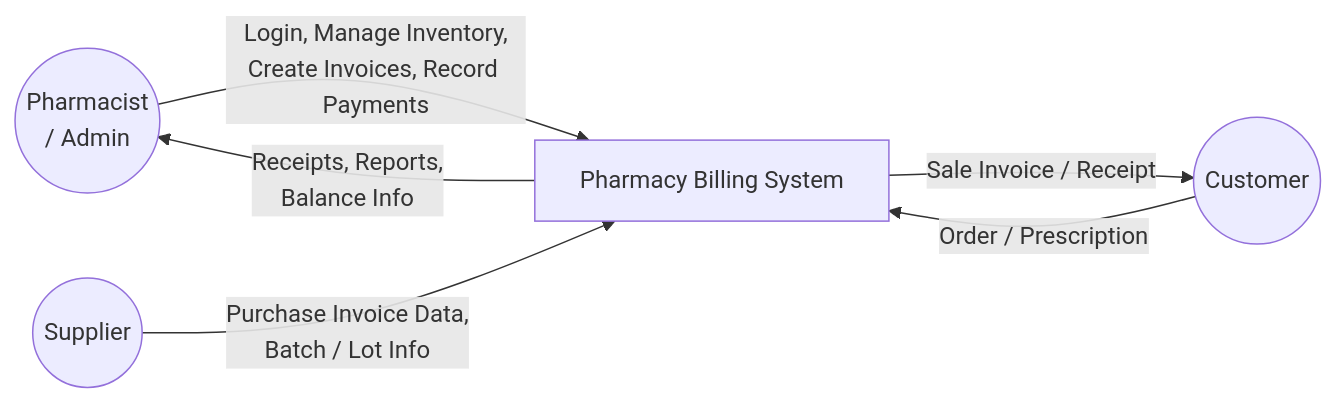
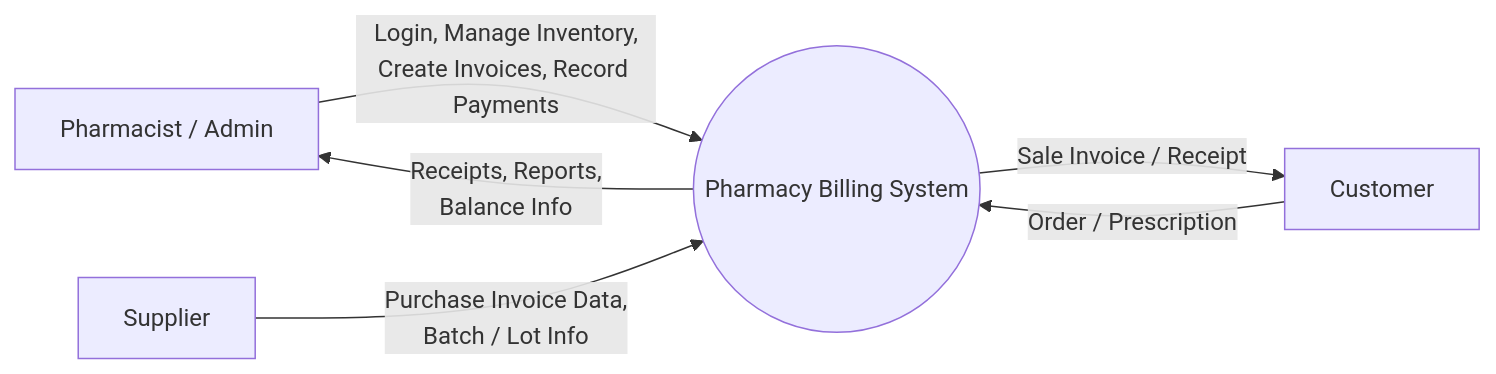
The third of 13 diagrams in UML_Diagrams_V1.md (M-Abdullah07/Pharmacy-Billing-App), drawn with Mermaid before and after one commit.

Commit message:
Refactor DFD Level 0 context diagram formatting
Updated the formatting of the DFD Level 0 context diagram for better clarity.

````diff
--- a/UML_Diagrams_V1.md
+++ b/UML_Diagrams_V1.md
@@ -99,13 +99,13 @@
 ```mermaid
 flowchart LR
-    PH((Pharmacist\n/ Admin))
-    SYS[Pharmacy Billing System]
-    SUP((Supplier))
-    CUST((Customer))
+    PH[Pharmacist / Admin]
+    SYS((Pharmacy Billing System))
+    SUP[Supplier]
+    CUST[Customer]
 
     PH -- "Login, Manage Inventory,\nCreate Invoices, Record Payments" --> SYS
     SYS -- "Receipts, Reports,\nBalance Info" --> PH
     SUP -- "Purchase Invoice Data,\nBatch / Lot Info" --> SYS
     CUST -- "Order / Prescription" --> SYS
     SYS -- "Sale Invoice / Receipt" --> CUST
 ```
````
